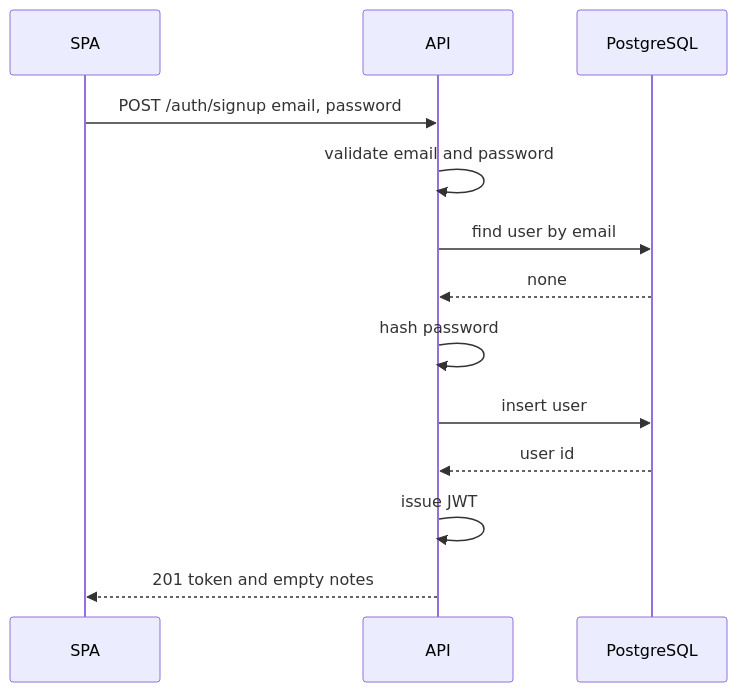
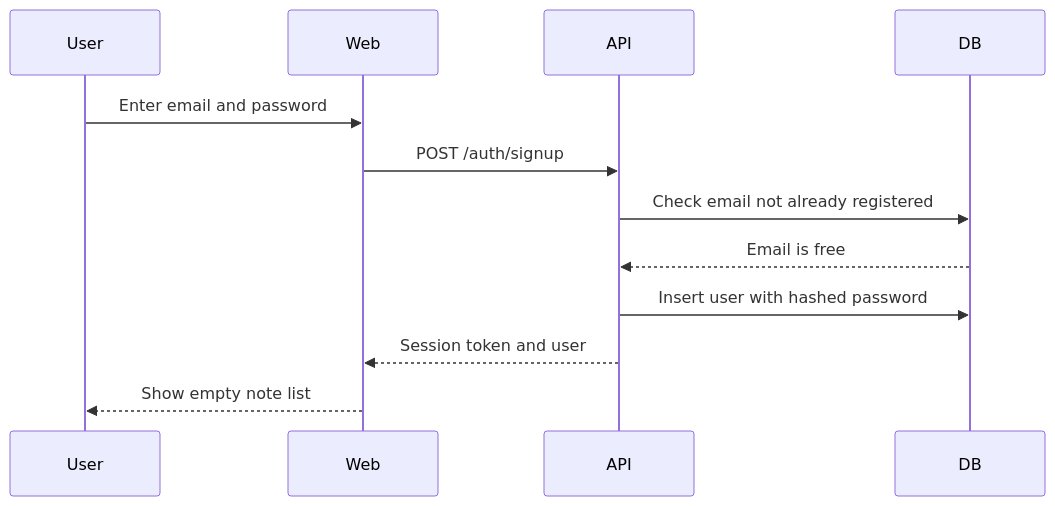
The second of 5 diagrams in docs/sdlc/architecture/README.md (satya1802/1simple-note-pad), drawn with Mermaid before and after one commit. The commit also changed other lines of this file and 12 other files, not shown here.

````diff
--- a/docs/sdlc/architecture/README.md
+++ b/docs/sdlc/architecture/README.md
@@ -166,15 +177,14 @@
 ```mermaid
 sequenceDiagram
-  participant U as SPA
+  participant U as User
+  participant W as Web
   participant A as API
-  participant DB as PostgreSQL
-  U->>A: POST /auth/signup email, password
-  A->>A: validate email and password
-  A->>DB: find user by email
-  DB-->>A: none
-  A->>A: hash password
-  A->>DB: insert user
-  DB-->>A: user id
-  A->>A: issue JWT
-  A-->>U: 201 token and empty notes
+  participant D as DB
+  U->>W: Enter email and password
+  W->>A: POST /auth/signup
+  A->>D: Check email not already registered
+  D-->>A: Email is free
+  A->>D: Insert user with hashed password
+  A-->>W: Session token and user
+  W-->>U: Show empty note list
 ```
````
